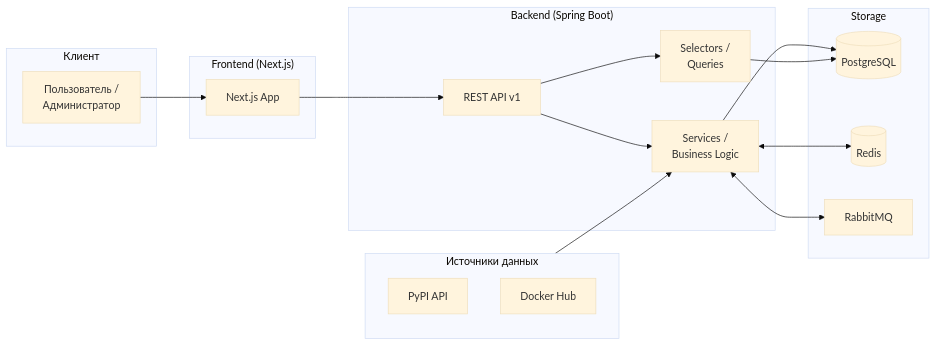
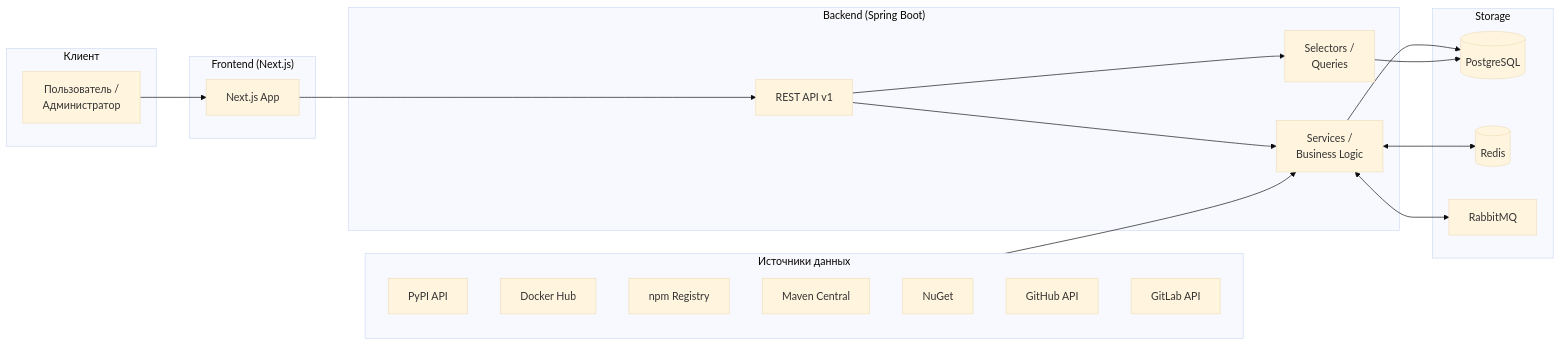
The diagram in README.md (Zero-Logic-Education/StackScout), drawn with Mermaid (base theme) before and after one commit. The commit also changed other lines of this file and 8 other files, not shown here.

````diff
--- a/README.md
+++ b/README.md
@@ -55,37 +56,42 @@
 ```mermaid
 flowchart LR
     subgraph Client["Клиент"]
         User["Пользователь /\nАдминистратор"]
     end
 
     subgraph FE["Frontend (Next.js)"]
         App["Next.js App"]
     end
 
     subgraph BE["Backend (Spring Boot)"]
         API["REST API v1"]
         Services["Services /\nBusiness Logic"]
         Queries["Selectors /\nQueries"]
         API --> Services
         API --> Queries
     end
 
     subgraph Storage["Storage"]
         DB[("PostgreSQL")]
         Cache[("Redis")]
         Queue["RabbitMQ"]
     end
 
     subgraph DS["Источники данных"]
         PyPI["PyPI API"]
         Docker["Docker Hub"]
+        Npm["npm Registry"]
+        Maven["Maven Central"]
+        NuGet["NuGet"]
+        GitHub["GitHub API"]
+        GitLab["GitLab API"]
     end
 
     User --> App
     App --> API
     Services --> DB
     Queries --> DB
     Services <--> Cache
     Services <--> Queue
     DS --> Services
 ```
````
